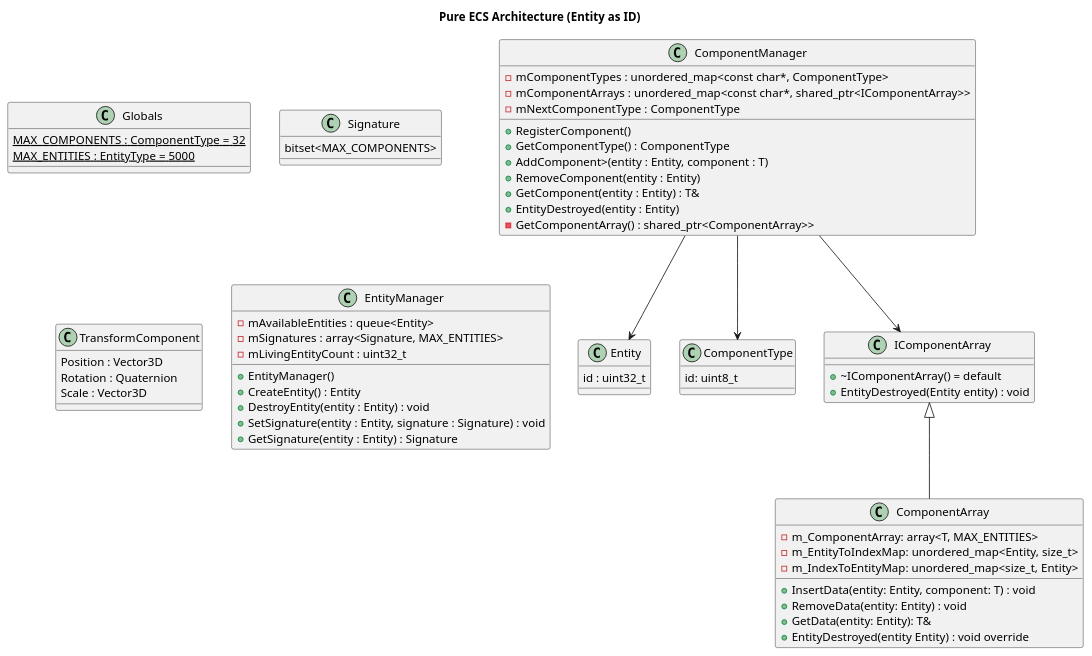
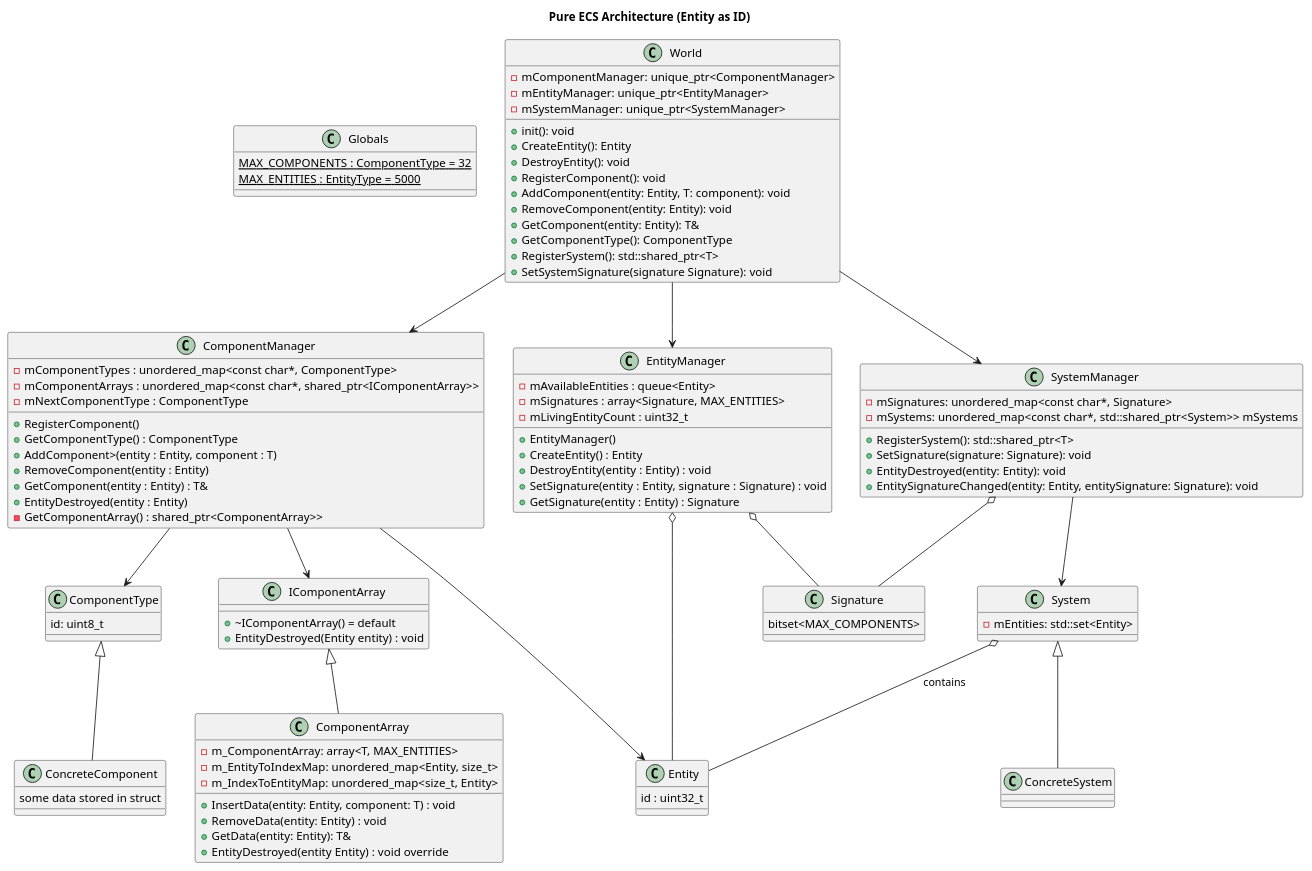
Before and after one commit to SunCh1p/ComputerGraphicsClass: the diagram in projects/assignment2/UML/ecs.puml, drawn with PlantUML.

Commit message:
added more for uml

```diff
--- a/projects/assignment2/UML/ecs.puml
+++ b/projects/assignment2/UML/ecs.puml
@@ -1,81 +1,137 @@
 @startuml
 title Pure ECS Architecture (Entity as ID)
 class Globals {
   {static} MAX_COMPONENTS : ComponentType = 32
   {static} MAX_ENTITIES : EntityType = 5000
 }
 
 
 ' Signature type: way to track which components an entity has
 class Signature {
   bitset<MAX_COMPONENTS>
 }
 
 ' Entity is just an id
 class Entity {
     id : uint32_t
 }
 
 ' Components
 class ComponentType{
     id: uint8_t
 }
-class TransformComponent {
-    Position : Vector3D
-    Rotation : Quaternion
-    Scale : Vector3D
+
+class ConcreteComponent{
+  some data stored in struct
 }
+
+ComponentType <|-- ConcreteComponent
 
 'Entity manager is responsible for distributing entity ids and keeping a record of which are in use and what is not in use as well as registering what components they have
 class EntityManager {
   - mAvailableEntities : queue<Entity>
   - mSignatures : array<Signature, MAX_ENTITIES>
   - mLivingEntityCount : uint32_t
 
   + EntityManager()
   + CreateEntity() : Entity
   + DestroyEntity(entity : Entity) : void
   + SetSignature(entity : Entity, signature : Signature) : void
   + GetSignature(entity : Entity) : Signature
 }
+
+EntityManager o-- Signature
+EntityManager o-- Entity
 
 'IComponentArray is needed to component manager can tell a generic component array that an entity has been destroyed
 class  IComponentArray{
     +~IComponentArray() = default
     +EntityDestroyed(Entity entity) : void
 }
 'A component array will be associated with each component
 class ComponentArray {
     +InsertData(entity: Entity, component: T) : void
     +RemoveData(entity: Entity) : void
     +GetData(entity: Entity): T&
     +EntityDestroyed(entity Entity) : void override
     -m_ComponentArray: array<T, MAX_ENTITIES>
     -m_EntityToIndexMap: unordered_map<Entity, size_t>
     -m_IndexToEntityMap: unordered_map<size_t, Entity> 
 }
 
 'Component Manager - talks to different component arrays when a component needs to be added or removed
 class ComponentManager {
   - mComponentTypes : unordered_map<const char*, ComponentType>
   - mComponentArrays : unordered_map<const char*, shared_ptr<IComponentArray>>
   - mNextComponentType : ComponentType
 
   + RegisterComponent()
   + GetComponentType() : ComponentType
   + AddComponent>(entity : Entity, component : T)
   + RemoveComponent(entity : Entity)
   + GetComponent(entity : Entity) : T&
   + EntityDestroyed(entity : Entity)
   - GetComponentArray() : shared_ptr<ComponentArray>>
 }
 
+'System -> is any functionality that iterates upon a list of entities with a certain signature of components
+'every system needs a list of entities, and we want some logic outside of the system in a form of a manager to maintain that list
+'each system can inherit from this class for logic
+class System{
+  -mEntities: std::set<Entity>
+}
+
+'concrete system implements some kind of functionality for logic
+class ConcreteSystem{
+  
+}
+
+System o-- Entity : contains
+System <|-- ConcreteSystem
+
+'System Manager maintains a record of registered systems and their signatures
+'When a system is registered, it's added to a map with the same typeid(T).name()
+'Register system to build the system
+'Each system needs to have a signatureset for ti so that the manager can add appropriate entities to each system's list of entities
+class SystemManager{
+  +RegisterSystem(): std::shared_ptr<T>
+  +SetSignature(signature: Signature): void
+  +EntityDestroyed(entity: Entity): void
+  +EntitySignatureChanged(entity: Entity, entitySignature: Signature): void
+  -mSignatures: unordered_map<const char*, Signature>
+  -mSystems: unordered_map<const char*, std::shared_ptr<System>> mSystems
+}
+
+SystemManager o-- Signature
+SystemManager --> System
+
+'Single class dedicated to getting EntityManager, Component Manager, System Manager so they can talk to eachother
+class World{
+  +init(): void
+  +CreateEntity(): Entity
+  +DestroyEntity(): void 
+  +RegisterComponent(): void
+  +AddComponent(entity: Entity, T: component): void
+  +RemoveComponent(entity: Entity): void
+  +GetComponent(entity: Entity): T&
+  +GetComponentType(): ComponentType 
+  +RegisterSystem(): std::shared_ptr<T>
+  +SetSystemSignature(signature Signature): void
+  -mComponentManager: unique_ptr<ComponentManager>
+  -mEntityManager: unique_ptr<EntityManager>
+  -mSystemManager: unique_ptr<SystemManager>
+}
+
+World --> ComponentManager 
+World --> EntityManager 
+World --> SystemManager
+
 'Component Array relationships
 IComponentArray <|-- ComponentArray
 
 'Component Manager relationshiops
 ComponentManager --> ComponentType
 ComponentManager --> IComponentArray
 ComponentManager --> Entity
 
 @enduml
```
